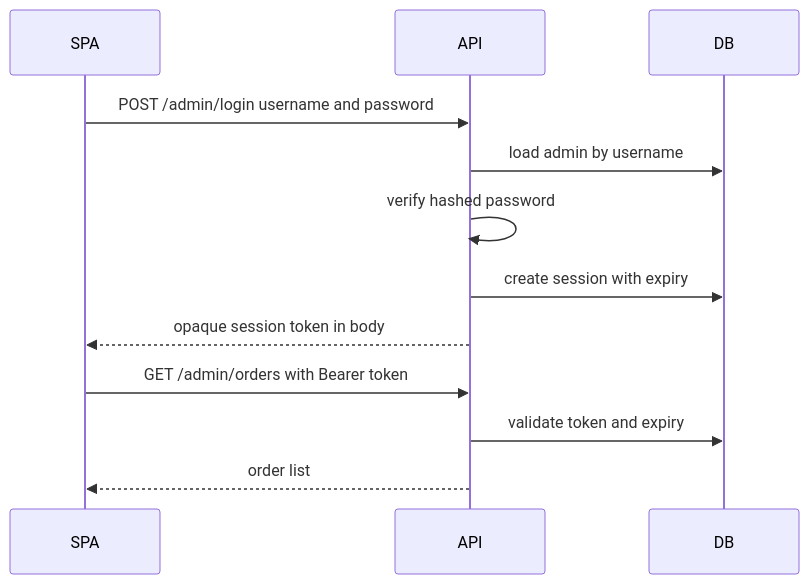
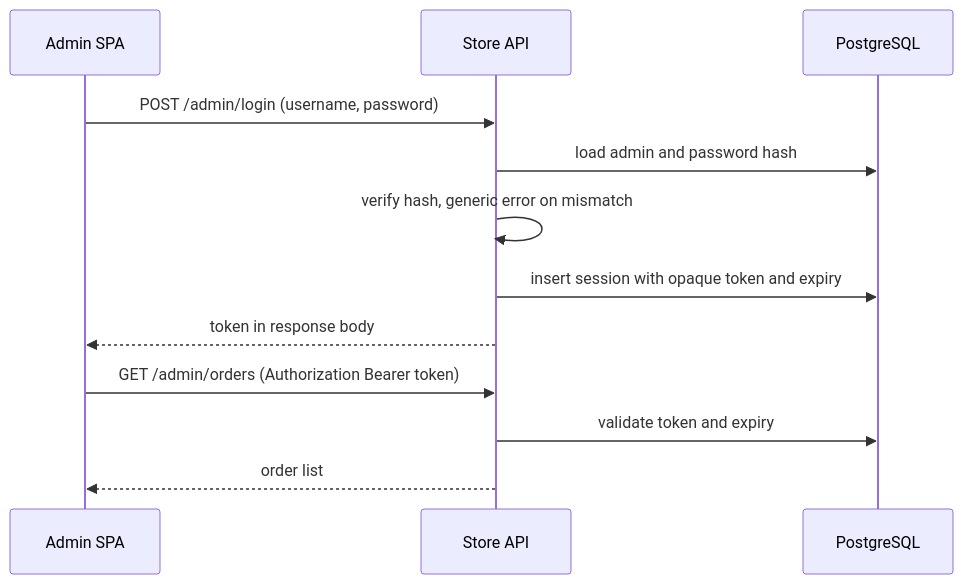
Before and after one commit to saitejaquorq/store-app: the third of 5 diagrams in docs/sdlc/architecture/README.md, drawn with Mermaid. The commit also changed other lines of this file and 15 other files, not shown here.

````diff
--- a/docs/sdlc/architecture/README.md
+++ b/docs/sdlc/architecture/README.md
@@ -313,14 +199,14 @@
 ```mermaid
 sequenceDiagram
-  participant C as SPA
-  participant A as API
-  participant D as DB
-  C->>A: POST /admin/login username and password
-  A->>D: load admin by username
-  A->>A: verify hashed password
-  A->>D: create session with expiry
-  A-->>C: opaque session token in body
-  C->>A: GET /admin/orders with Bearer token
+  participant Ad as Admin SPA
+  participant A as Store API
+  participant D as PostgreSQL
+  Ad->>A: POST /admin/login (username, password)
+  A->>D: load admin and password hash
+  A->>A: verify hash, generic error on mismatch
+  A->>D: insert session with opaque token and expiry
+  A-->>Ad: token in response body
+  Ad->>A: GET /admin/orders (Authorization Bearer token)
   A->>D: validate token and expiry
-  A-->>C: order list
+  A-->>Ad: order list
 ```
````
